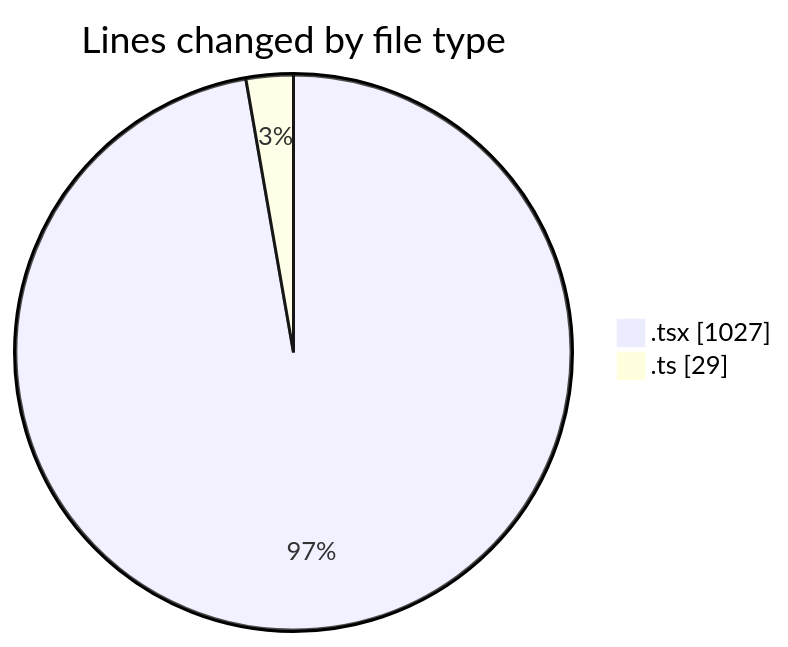
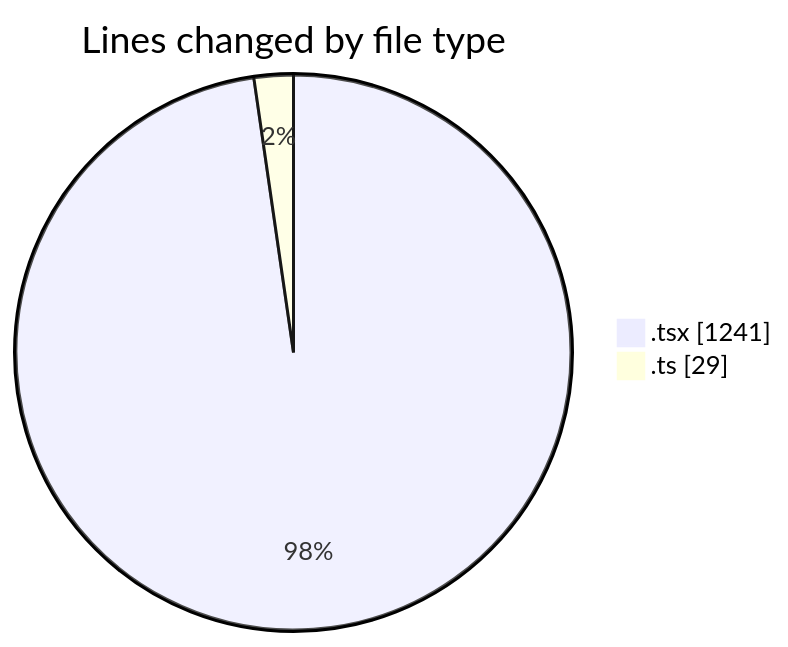
Before and after one commit to nxtqubesakshisongat/code-tracking: the first of 2 diagrams in 2026-04-07/airfeed-analytics-dashboard/README.md, drawn with Mermaid. The commit also changed other lines of this file and 1 other file, not shown here.

````diff
--- a/2026-04-07/airfeed-analytics-dashboard/README.md
+++ b/2026-04-07/airfeed-analytics-dashboard/README.md
@@ -27,6 +28,6 @@
 ```mermaid
 pie showData
 title Lines changed by file type
-".tsx" : 1027
+".tsx" : 1241
 ".ts" : 29
 ```
````
